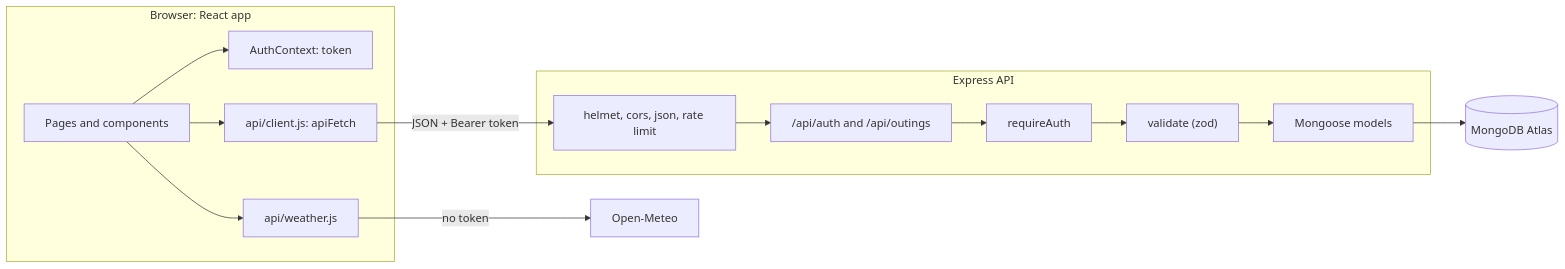
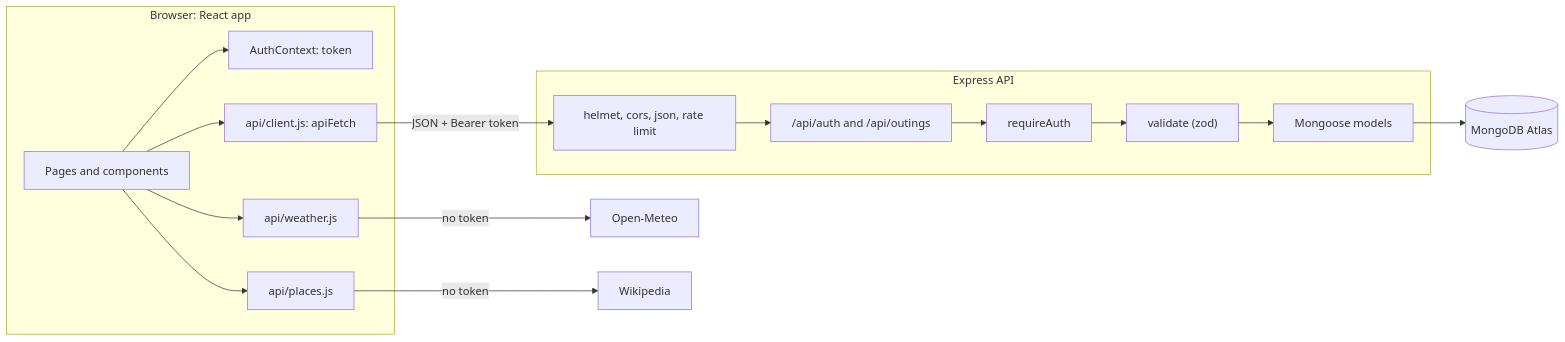
One commit to wadih-tawk/meshwar changed the diagram in README.md. Above: the diagram before and after it, drawn with Mermaid. The commit also changed other lines of this file and 13 other files, not shown here.

````diff
--- a/README.md
+++ b/README.md
@@ -39,24 +43,28 @@
 ```mermaid
 flowchart LR
   subgraph B["Browser: React app"]
     P["Pages and components"]
     AC["AuthContext: token"]
     AF["api/client.js: apiFetch"]
     W["api/weather.js"]
+    PL["api/places.js"]
   end
   subgraph S["Express API"]
     MW["helmet, cors, json, rate limit"]
     R["/api/auth and /api/outings"]
     RA["requireAuth"]
     V["validate (zod)"]
     M["Mongoose models"]
   end
   DB[("MongoDB Atlas")]
   OM["Open-Meteo"]
+  WP["Wikipedia"]
 
   P --> AC
   P --> AF
   P --> W
+  P --> PL
   AF -- "JSON + Bearer token" --> MW --> R --> RA --> V --> M --> DB
   W -- "no token" --> OM
+  PL -- "no token" --> WP
 ```
````
